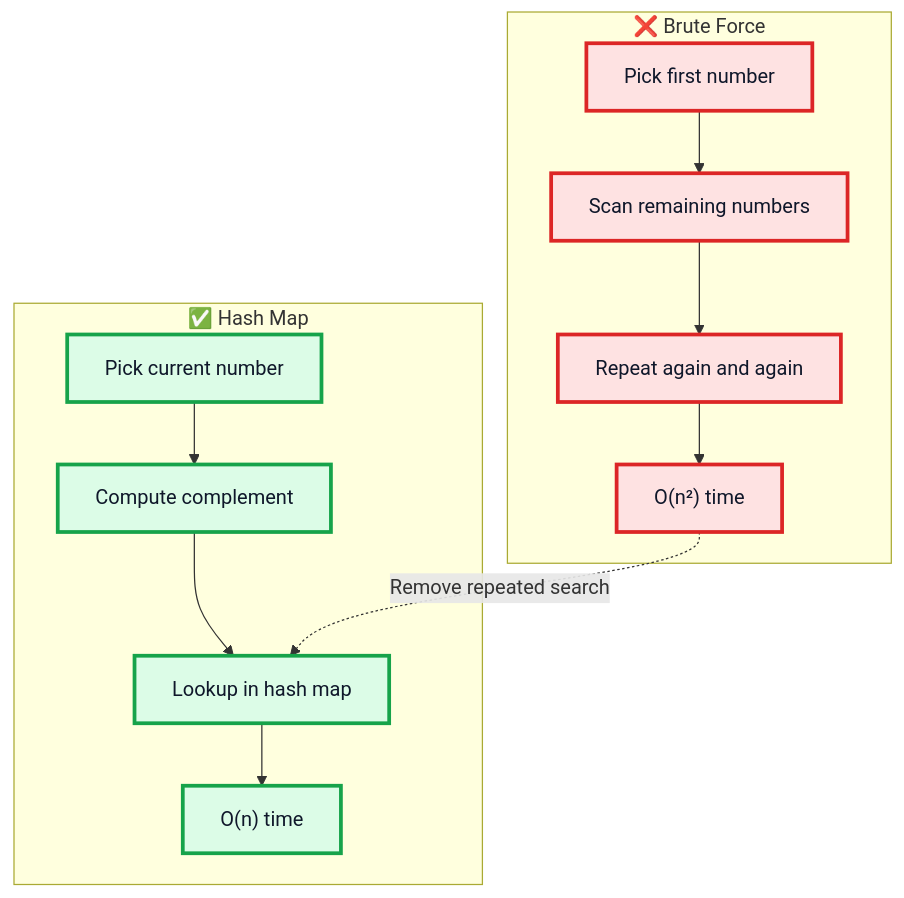
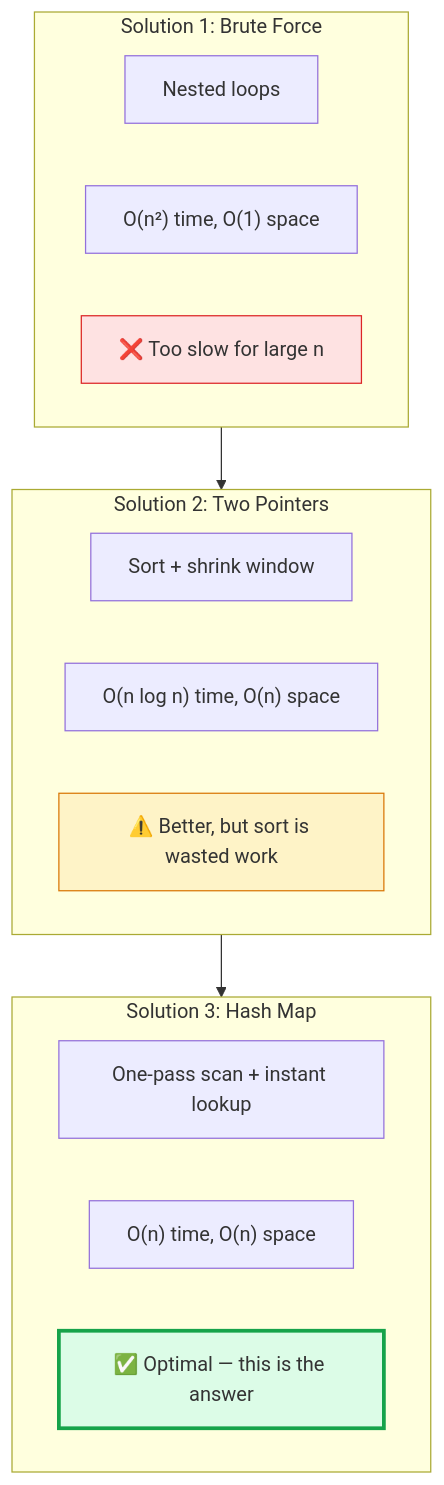
Before and after one commit to M-F-Tushar/LeetCode-Problem-Solving: diagram 12 of 12 in 01 - Two Sum/README.md, drawn with Mermaid. The commit also changed other lines of this file, not shown here.

````diff
--- a/01 - Two Sum/README.md
+++ b/01 - Two Sum/README.md
@@ -426,27 +417,26 @@
 ```mermaid
 flowchart TB
-    subgraph Slow["❌ Brute Force"]
-        A1["Pick first number"]
-        A2["Scan remaining numbers"]
-        A3["Repeat again and again"]
-        A4["O(n²) time"]
+    subgraph BF["Solution 1: Brute Force"]
+        BF1["Nested loops"]
+        BF2["O(n²) time, O(1) space"]
+        BF3["❌ Too slow for large n"]
     end
 
-    subgraph Fast["✅ Hash Map"]
-        B1["Pick current number"]
-        B2["Compute complement"]
-        B3["Lookup in hash map"]
-        B4["O(n) time"]
+    subgraph TP["Solution 2: Two Pointers"]
+        TP1["Sort + shrink window"]
+        TP2["O(n log n) time, O(n) space"]
+        TP3["⚠️ Better, but sort is wasted work"]
     end
 
-    A1 --> A2 --> A3 --> A4
-    B1 --> B2 --> B3 --> B4
+    subgraph HM["Solution 3: Hash Map"]
+        HM1["One-pass scan + instant lookup"]
+        HM2["O(n) time, O(n) space"]
+        HM3["✅ Optimal — this is the answer"]
+    end
 
-    A4 -. "Remove repeated search" .-> B3
+    BF --> TP --> HM
 
-    classDef slow fill:#fee2e2,stroke:#dc2626,stroke-width:3px,color:#0f172a;
-    classDef fast fill:#dcfce7,stroke:#16a34a,stroke-width:3px,color:#0f172a;
-
-    class A1,A2,A3,A4 slow;
-    class B1,B2,B3,B4 fast;
+    style BF3 fill:#fee2e2,stroke:#dc2626
+    style TP3 fill:#fef3c7,stroke:#d97706
+    style HM3 fill:#dcfce7,stroke:#16a34a,stroke-width:3px
 ```
````
